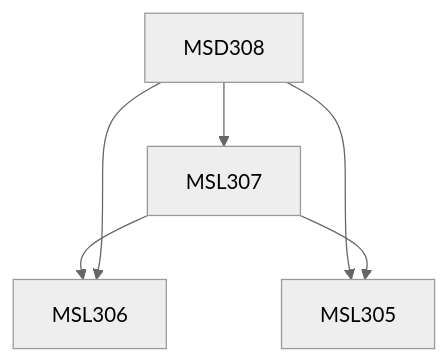
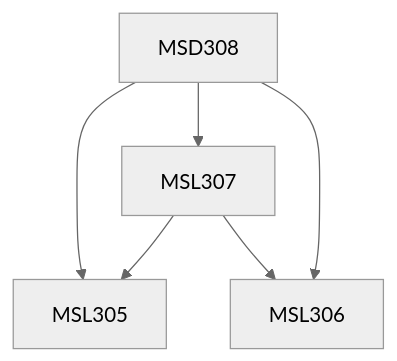
Before and after one commit to KeshavBansal0122/CoS_Website: the diagram in content/Management Studies/MSD308.md, drawn with Mermaid (neutral theme). The commit also changed other lines of this file and 392 other files, not shown here.

````diff
--- a/content/Management Studies/MSD308.md
+++ b/content/Management Studies/MSD308.md
@@ -15,12 +15,12 @@
 ```mermaid
 flowchart TD
 MSD308-508[MSD308]
+MSD308-508 --> MSL305-508[MSL305]
+MSL307-508 --> MSL305-508[MSL305]
 MSD308-508 --> MSL307-508[MSL307]
-MSD308-508 --> MSL305-508[MSL305]
+MSD308-508 --> MSL306-508[MSL306]
 MSL307-508 --> MSL306-508[MSL306]
-MSD308-508 --> MSL306-508[MSL306]
-MSL307-508 --> MSL305-508[MSL305]
 
 classDef empty height:17px, fill:transparent, stroke:transparent;
 classDef trueEmpty height:0px, width:0px;
 ```
````
